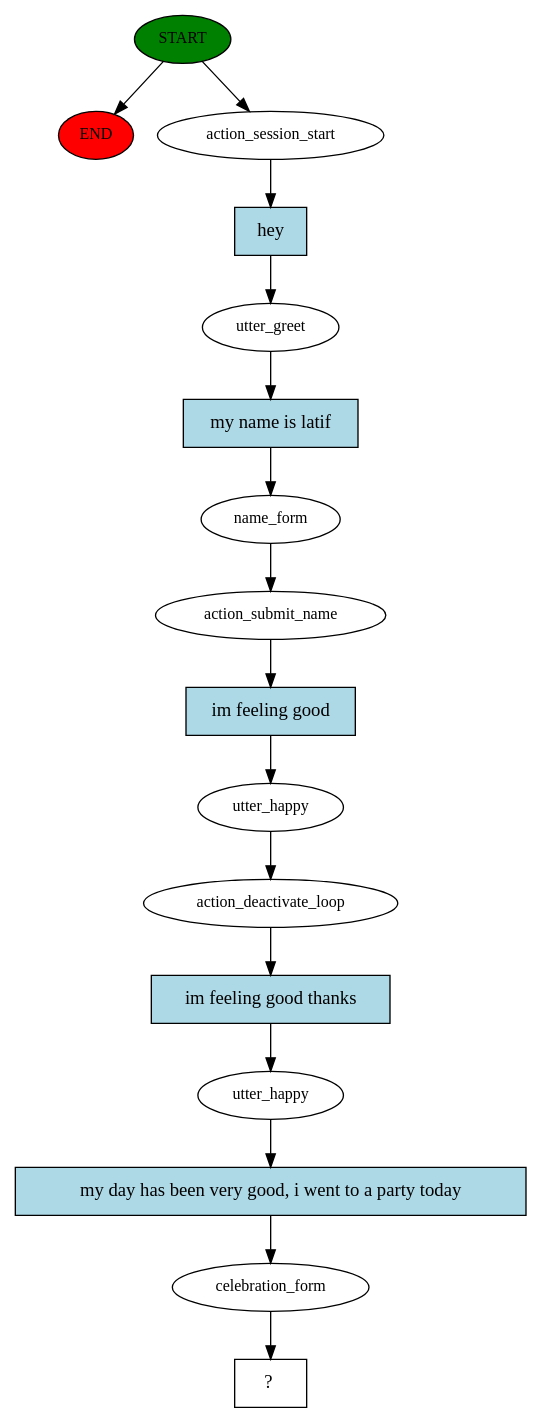
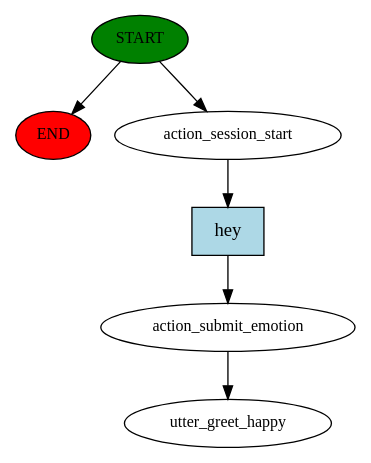
Before and after one commit to latifyahia/EmotionAIChatbot: the diagram in rasa/story_graph.dot, drawn with Graphviz. The commit also changed 46 other files, not shown here.

Commit message:
have the emotion being pulled from ym json server and being filled into a slot in rasa but i cant seem to get the stories correct, i also cleaned up the rasa code so its easier to work with. Ive posted on rasa community forms seeking assitance for the issue im having

```diff
--- a/rasa/story_graph.dot
+++ b/rasa/story_graph.dot
@@ -1,33 +1,13 @@
 digraph  {
 0 [class="start active", fillcolor=green, fontsize=12, label=START, style=filled];
 "-1" [class=end, fillcolor=red, fontsize=12, label=END, style=filled];
 1 [class=active, fontsize=12, label=action_session_start];
-2 [class=active, fontsize=12, label=utter_greet];
-3 [class=active, fontsize=12, label=name_form];
-4 [class=active, fontsize=12, label=action_submit_name];
-5 [class=active, fontsize=12, label=utter_happy];
-6 [class=active, fontsize=12, label=action_deactivate_loop];
-7 [class=active, fontsize=12, label=utter_happy];
-8 [class=active, fontsize=12, label=celebration_form];
-9 [class="intent dashed active", label="  ?  ", shape=rect];
-10 [class="intent active", fillcolor=lightblue, label=hey, shape=rect, style=filled];
-11 [class="intent active", fillcolor=lightblue, label="my name is latif", shape=rect, style=filled];
-12 [class="intent active", fillcolor=lightblue, label="im feeling good", shape=rect, style=filled];
-13 [class="intent active", fillcolor=lightblue, label="im feeling good thanks", shape=rect, style=filled];
-14 [class="intent active", fillcolor=lightblue, label="my day has been very good, i went to a party today", shape=rect, style=filled];
+2 [class=active, fontsize=12, label=action_submit_emotion];
+3 [class="dashed active", fontsize=12, label=utter_greet_happy];
+4 [class="intent active", fillcolor=lightblue, label=hey, shape=rect, style=filled];
 0 -> "-1"  [class="", key=NONE, label=""];
 0 -> 1  [class=active, key=NONE, label=""];
-1 -> 10  [class=active, key=0];
-2 -> 11  [class=active, key=0];
-3 -> 4  [class=active, key=NONE, label=""];
-4 -> 12  [class=active, key=0];
-5 -> 6  [class=active, key=NONE, label=""];
-6 -> 13  [class=active, key=0];
-7 -> 14  [class=active, key=0];
-8 -> 9  [class=active, key=NONE, label=""];
-10 -> 2  [class=active, key=0];
-11 -> 3  [class=active, key=0];
-12 -> 5  [class=active, key=0];
-13 -> 7  [class=active, key=0];
-14 -> 8  [class=active, key=0];
+1 -> 4  [class=active, key=0];
+2 -> 3  [class=active, key=NONE, label=""];
+4 -> 2  [class=active, key=0];
 }
```
